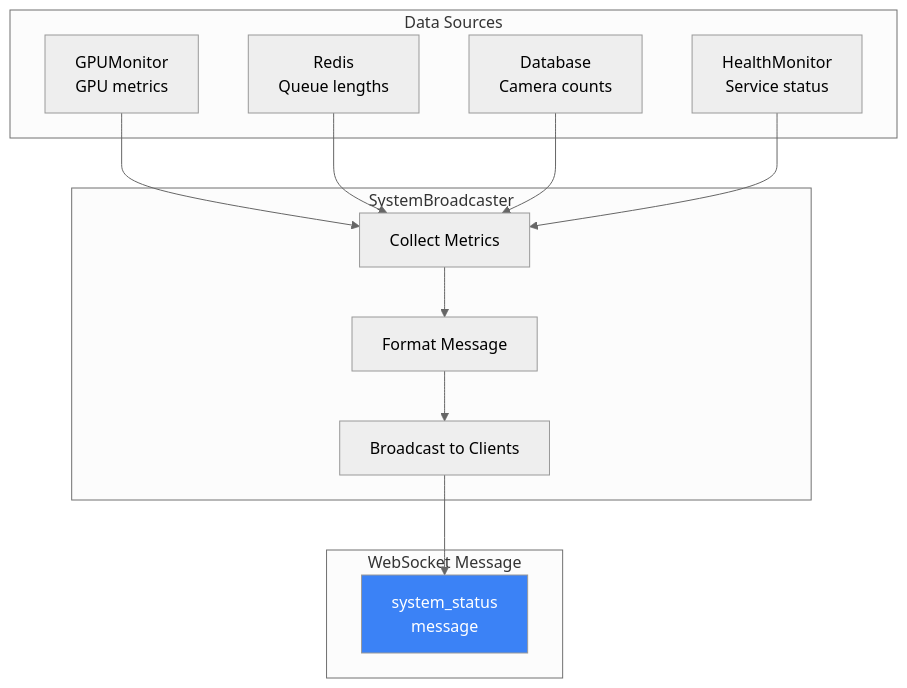
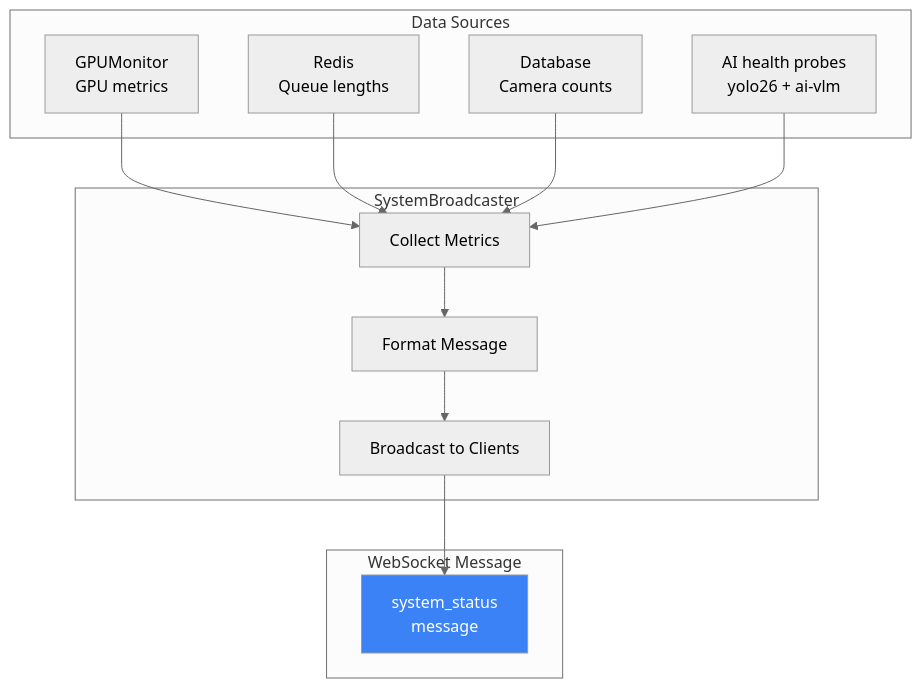
One commit to mikesvoboda/nemotron-v3-home-security-intelligence changed the sixth of 11 diagrams in docs/architecture/real-time.md. Above: the diagram before and after it, drawn with Mermaid (neutral theme). The commit also changed other lines of this file and 231 other files, not shown here.

````diff
--- a/docs/architecture/real-time.md
+++ b/docs/architecture/real-time.md
@@ -448,30 +430,30 @@
 ```mermaid
 flowchart TB
     subgraph Sources["Data Sources"]
         GPU[GPUMonitor<br/>GPU metrics]
         REDIS[Redis<br/>Queue lengths]
         DB[Database<br/>Camera counts]
-        HEALTH[HealthMonitor<br/>Service status]
+        HEALTH[AI health probes<br/>yolo26 + ai-vlm]
     end
 
     subgraph Aggregator["SystemBroadcaster"]
         COLLECT[Collect Metrics]
         FORMAT[Format Message]
         SEND[Broadcast to Clients]
     end
 
     subgraph Output["WebSocket Message"]
         MSG[system_status<br/>message]
     end
 
     GPU --> COLLECT
     REDIS --> COLLECT
     DB --> COLLECT
     HEALTH --> COLLECT
 
     COLLECT --> FORMAT
     FORMAT --> SEND
     SEND --> MSG
 
     style MSG fill:#3B82F6,color:#fff
 ```
````
